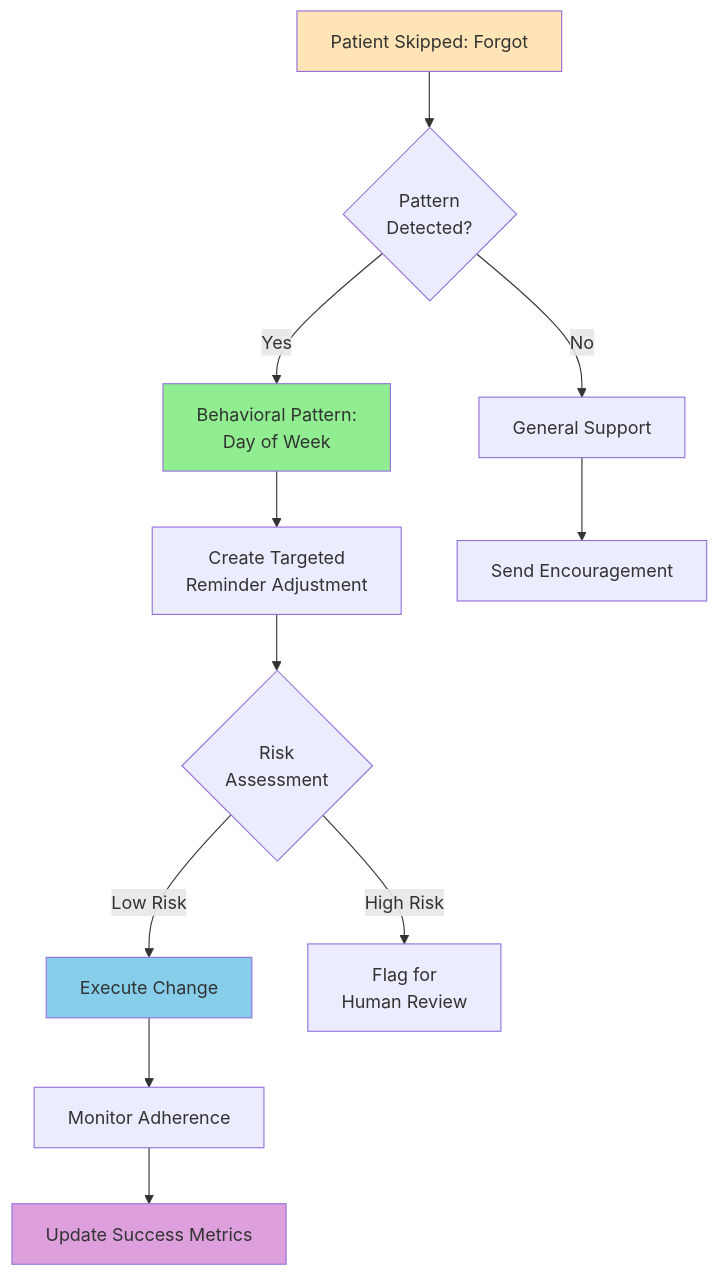
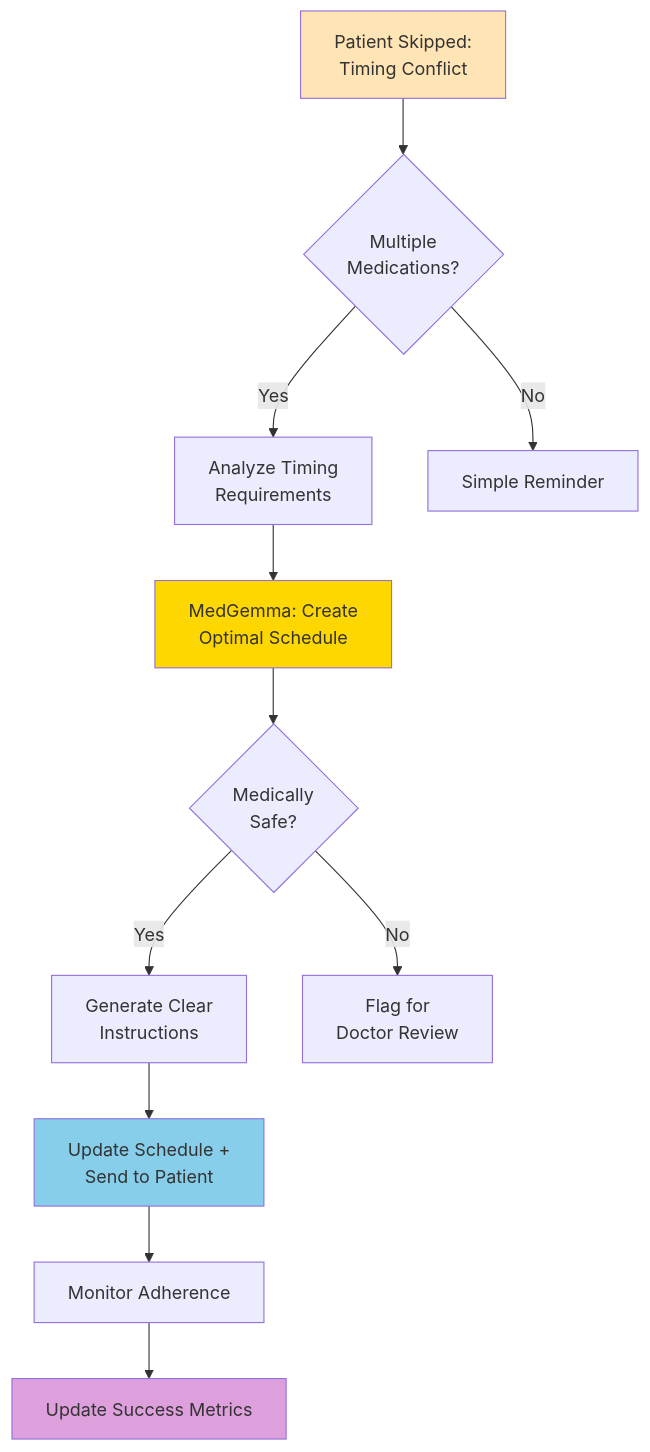
Before and after one commit to raghulresearcher/kaggle_comp_medgemma: the third of 8 diagrams in docs/AGENTIC_FLOWS.md, drawn with Mermaid. The commit also changed other lines of this file and 10 other files, not shown here.

First line of the commit message:
Feature: Replace scenarios with Timing Conflict & Supplement Interference

````diff
--- a/docs/AGENTIC_FLOWS.md
+++ b/docs/AGENTIC_FLOWS.md
@@ -102,21 +108,21 @@
 ```mermaid
 graph TD
-    Start[Patient Skipped: Forgot] --> CheckPattern{Pattern<br/>Detected?}
-    CheckPattern -->|Yes| Behavioral[Behavioral Pattern:<br/>Day of Week]
-    CheckPattern -->|No| General[General Support]
+    Start[Patient Skipped:<br/>Timing Conflict] --> CheckMeds{Multiple<br/>Medications?}
+    CheckMeds -->|Yes| Analyze[Analyze Timing<br/>Requirements]
+    CheckMeds -->|No| Simple[Simple Reminder]
     
-    Behavioral --> CreatePlan[Create Targeted<br/>Reminder Adjustment]
-    General --> BasicPlan[Send Encouragement]
+    Analyze --> MedGemma[MedGemma: Create<br/>Optimal Schedule]
+    MedGemma --> Validate{Medically<br/>Safe?}
     
-    CreatePlan --> ValidateRisk{Risk<br/>Assessment}
-    ValidateRisk -->|Low Risk| Execute[Execute Change]
-    ValidateRisk -->|High Risk| HumanReview[Flag for<br/>Human Review]
+    Validate -->|Yes| Simplify[Generate Clear<br/>Instructions]
+    Validate -->|No| Doctor[Flag for<br/>Doctor Review]
     
+    Simplify --> Execute[Update Schedule +<br/>Send to Patient]
     Execute --> Monitor[Monitor Adherence]
     Monitor --> Learn[Update Success Metrics]
     
     style Start fill:#FFE4B5
-    style Behavioral fill:#90EE90
+    style MedGemma fill:#FFD700
     style Execute fill:#87CEEB
     style Learn fill:#DDA0DD
 ```
````
